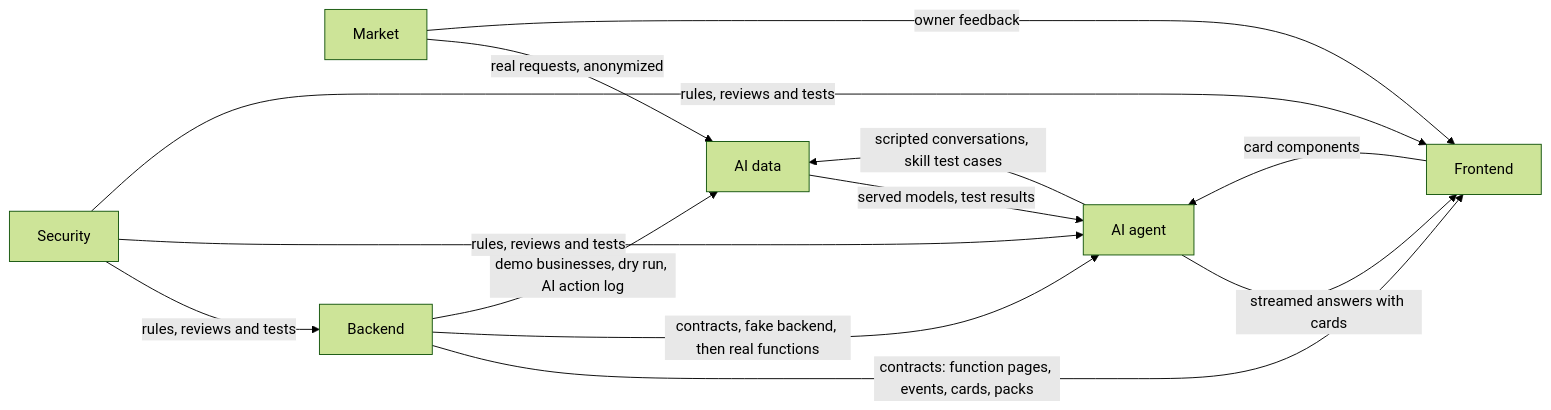
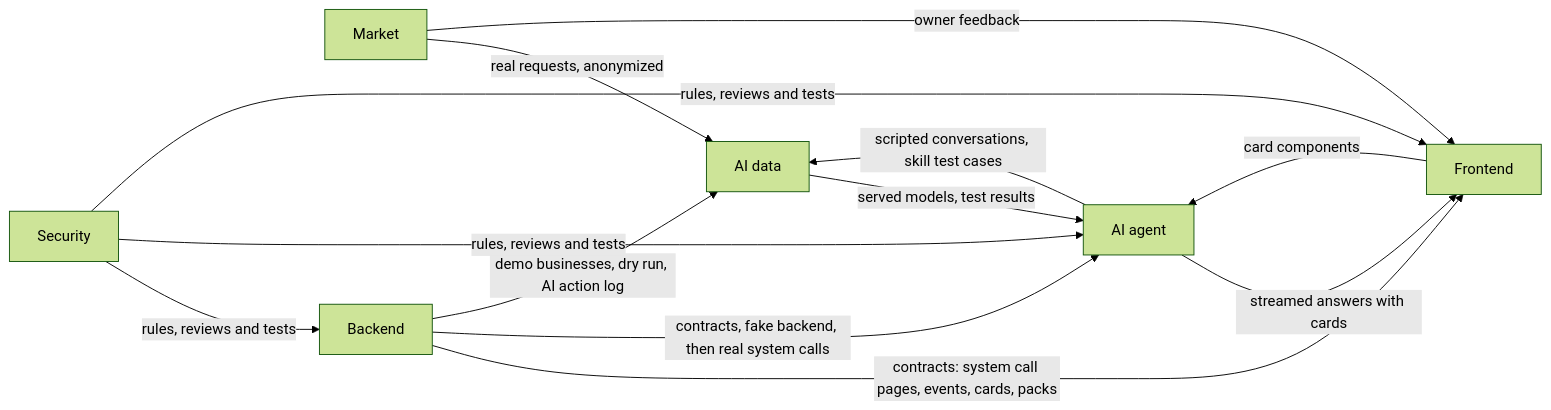
The diagram in plan-first-semester.md (puagraduationproject/graduationproject), drawn with Mermaid (forest theme) before and after one commit. The commit also changed other lines of this file and 2 other files, not shown here.

Commit message:
Design: functions are now system calls, and adapters are drivers

````diff
--- a/plan-first-semester.md
+++ b/plan-first-semester.md
@@ -222,15 +222,15 @@
 ```mermaid
 flowchart LR
     Market -->|"real requests, anonymized"| AIData[AI data]
     Market -->|"owner feedback"| Frontend
-    Backend -->|"contracts: function pages, events, cards, packs"| Frontend
-    Backend -->|"contracts, fake backend, then real functions"| AIAgent[AI agent]
+    Backend -->|"contracts: system call pages, events, cards, packs"| Frontend
+    Backend -->|"contracts, fake backend, then real system calls"| AIAgent[AI agent]
     Backend -->|"demo businesses, dry run, AI action log"| AIData
     AIData -->|"served models, test results"| AIAgent
     AIAgent -->|"scripted conversations, skill test cases"| AIData
     AIAgent -->|"streamed answers with cards"| Frontend
     Frontend -->|"card components"| AIAgent
     Security -->|"rules, reviews and tests"| Backend
     Security -->|"rules, reviews and tests"| AIAgent
     Security -->|"rules, reviews and tests"| Frontend
 ```
````
